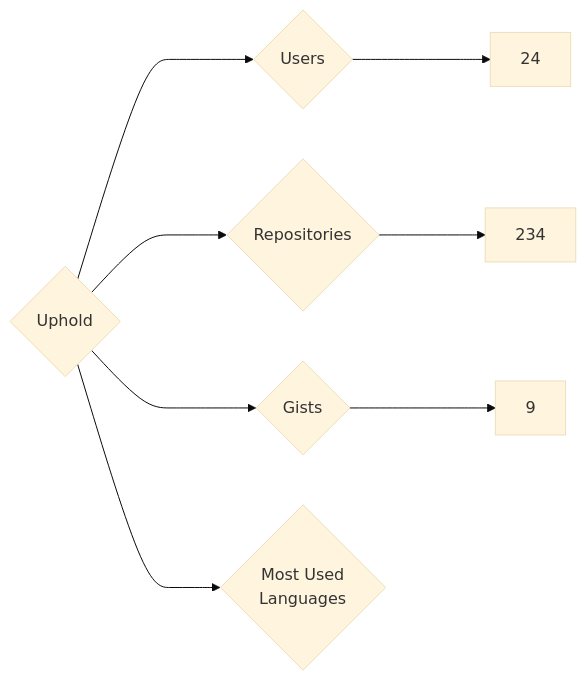
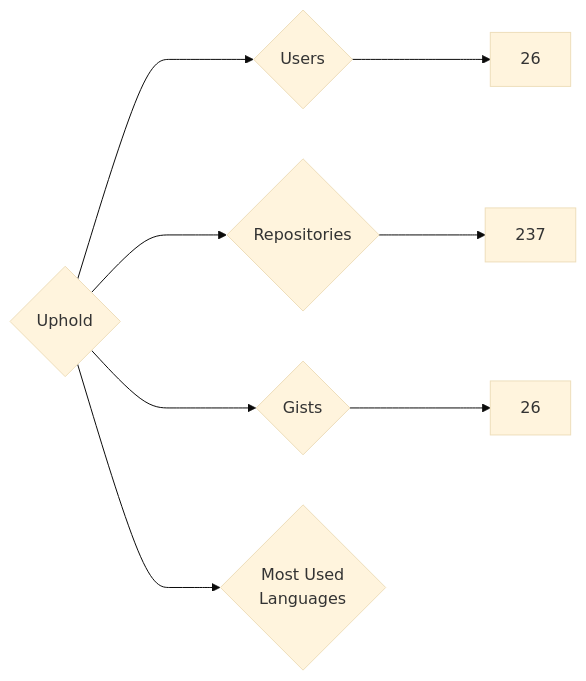
One commit to nenadzaric/insiders changed the diagram in targets/Uphold/README.md. Above: the diagram before and after it, drawn with Mermaid (base theme). The commit also changed 1342 other files, not shown here.

````diff
--- a/targets/Uphold/README.md
+++ b/targets/Uphold/README.md
@@ -3,8 +3,8 @@
 ```mermaid
 graph LR
 COMPANY_NAME{Uphold}
-COMPANY_NAME ---> U{Users} ---> UN[24]
-COMPANY_NAME ---> R{Repositories} ---> RN[234]
-COMPANY_NAME ---> G{Gists} ---> GN[9]
+COMPANY_NAME ---> U{Users} ---> UN[26]
+COMPANY_NAME ---> R{Repositories} ---> RN[237]
+COMPANY_NAME ---> G{Gists} ---> GN[26]
 COMPANY_NAME ---> ML{Most Used<br>Languages}
 ```
````
